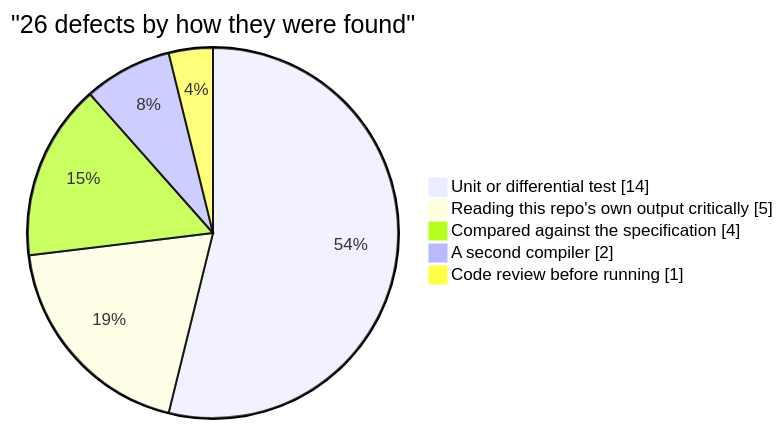
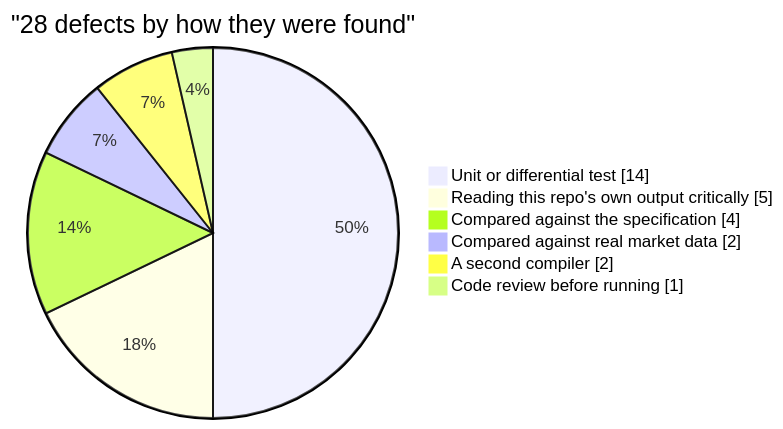
One commit to Nciibi/hft-engine changed the fourth of 4 diagrams in README.md. Above: the diagram before and after it, drawn with Mermaid. The commit also changed other lines of this file, not shown here.

````diff
--- a/README.md
+++ b/README.md
@@ -983,9 +983,10 @@
 ```mermaid
 pie showData
-    title "26 defects by how they were found"
+    title "28 defects by how they were found"
     "Unit or differential test" : 14
     "Reading this repo's own output critically" : 5
     "Compared against the specification" : 4
+    "Compared against real market data" : 2
     "A second compiler" : 2
     "Code review before running" : 1
 ```
````
